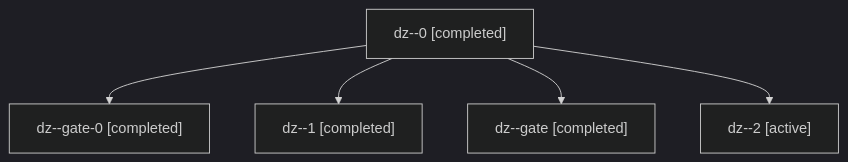
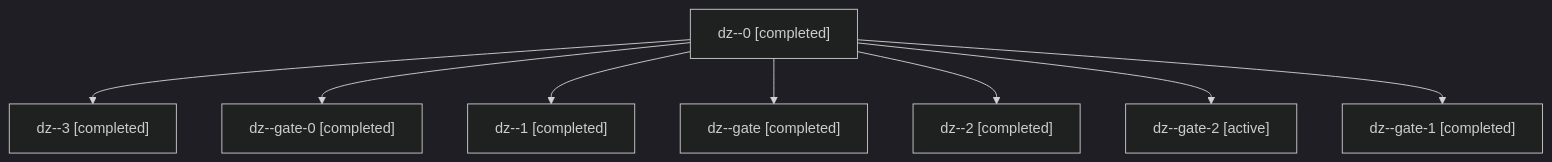
The diagram in sessions/bbugyi200.apollo.dz.md (bobs-org/bob-cli--agents), drawn with Mermaid (dark theme) before and after one commit. The commit also changed other lines of this file and 72 other files, not shown here.

````diff
--- a/sessions/bbugyi200.apollo.dz.md
+++ b/sessions/bbugyi200.apollo.dz.md
@@ -9,12 +9,18 @@
 ```mermaid
 flowchart TD
   n0["dz--0 [completed]"]
-  n1["dz--gate-0 [completed]"]
+  n1["dz--3 [completed]"]
   n0 --> n1
-  n2["dz--1 [completed]"]
+  n2["dz--gate-0 [completed]"]
   n0 --> n2
-  n3["dz--gate [completed]"]
+  n3["dz--1 [completed]"]
   n0 --> n3
-  n4["dz--2 [active]"]
+  n4["dz--gate [completed]"]
   n0 --> n4
+  n5["dz--2 [completed]"]
+  n0 --> n5
+  n6["dz--gate-2 [active]"]
+  n0 --> n6
+  n7["dz--gate-1 [completed]"]
+  n0 --> n7
 ```
````
